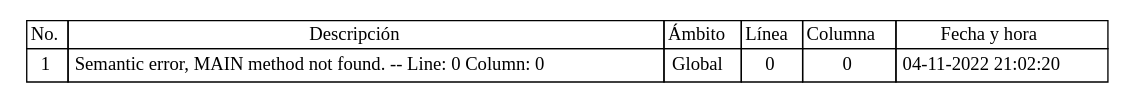
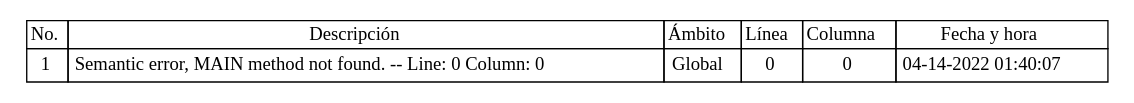
One commit to Jodyannre/COMPI2_proyecto2_2022 changed the diagram in Back/Web/tablas/tablaErrores.dot. Above: the diagram before and after it, drawn with Graphviz. The commit also changed 20 other files, not shown here.

```diff
--- a/Back/Web/tablas/tablaErrores.dot
+++ b/Back/Web/tablas/tablaErrores.dot
@@ -1,36 +1,36 @@
 
 	digraph {
 		tablaSimbolos [
 		  shape=plaintext
 		  label=<
 			<table border='0' cellborder='1' color='black' cellspacing='0'>
 			  <tr>
 				  <td>No.</td>
 				  <td>Descripción</td>
 				  <td>Ámbito</td>
 				  <td>Línea</td>
 				  <td>Columna</td>
 				  <td>Fecha y hora</td>
 			  </tr>
 	
 <tr>
 <td cellpadding='4'>
 1
 </td>
 <td cellpadding='4'>Semantic error, MAIN method not found. -- Line: 0 Column: 0
 </td>
 <td cellpadding='4'>Global
 </td>
 <td cellpadding='4'>0
 </td>
 <td cellpadding='4'>
 0
 </td>
 <td cellpadding='4'>
-04-11-2022 21:02:20
+04-14-2022 01:40:07
 </td>
 </tr>
 
 		</table>
 		>];
 	}
```
